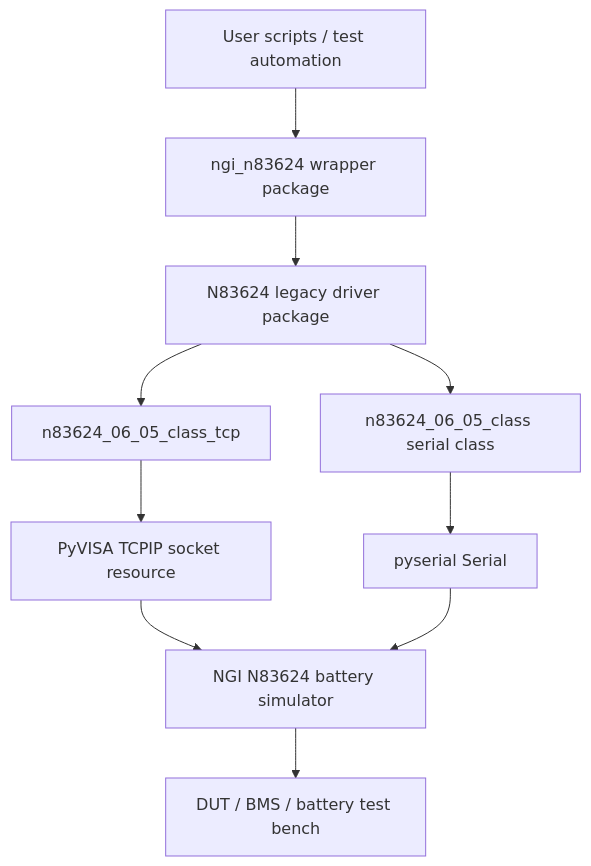
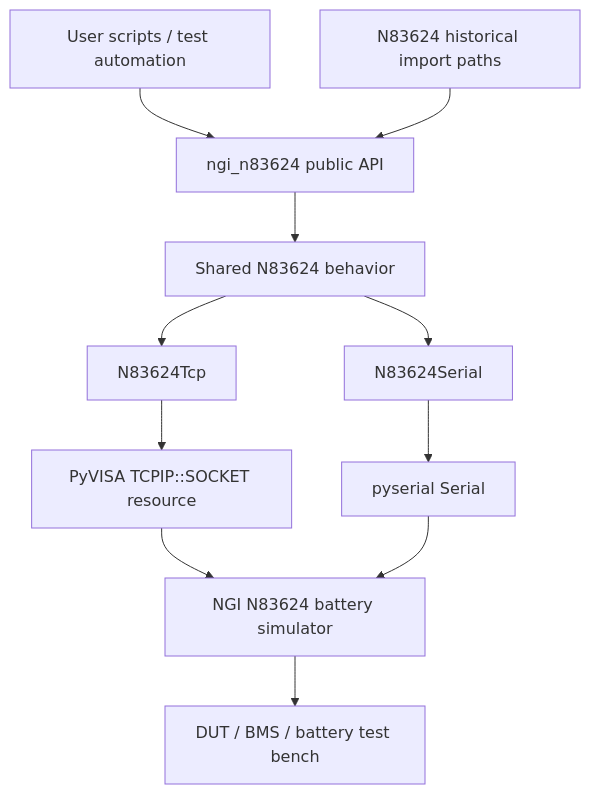
One commit to ami3go/NGI-N83624-Battery-simulator changed the diagram in Docs/Driver/software_architecture.md. Above: the diagram before and after it, drawn with Mermaid. The commit also changed other lines of this file and 18 other files, not shown here.

````diff
--- a/Docs/Driver/software_architecture.md
+++ b/Docs/Driver/software_architecture.md
@@ -5,12 +5,13 @@
 ```mermaid
 flowchart TB
-    USER[User scripts / test automation] --> WRAP[ngi_n83624 wrapper package]
-    WRAP --> LEGACY[N83624 legacy driver package]
-    LEGACY --> TCP[n83624_06_05_class_tcp]
-    LEGACY --> SERIAL[n83624_06_05_class serial class]
-    TCP --> VISA[PyVISA TCPIP socket resource]
+    USER[User scripts / test automation] --> API[ngi_n83624 public API]
+    LEGACY[N83624 historical import paths] --> API
+    API --> BASE[Shared N83624 behavior]
+    BASE --> TCP[N83624Tcp]
+    BASE --> SERIAL[N83624Serial]
+    TCP --> VISA[PyVISA TCPIP::SOCKET resource]
     SERIAL --> PYSERIAL[pyserial Serial]
     VISA --> HW[NGI N83624 battery simulator]
     PYSERIAL --> HW
     HW --> DUT[DUT / BMS / battery test bench]
 ```
````
